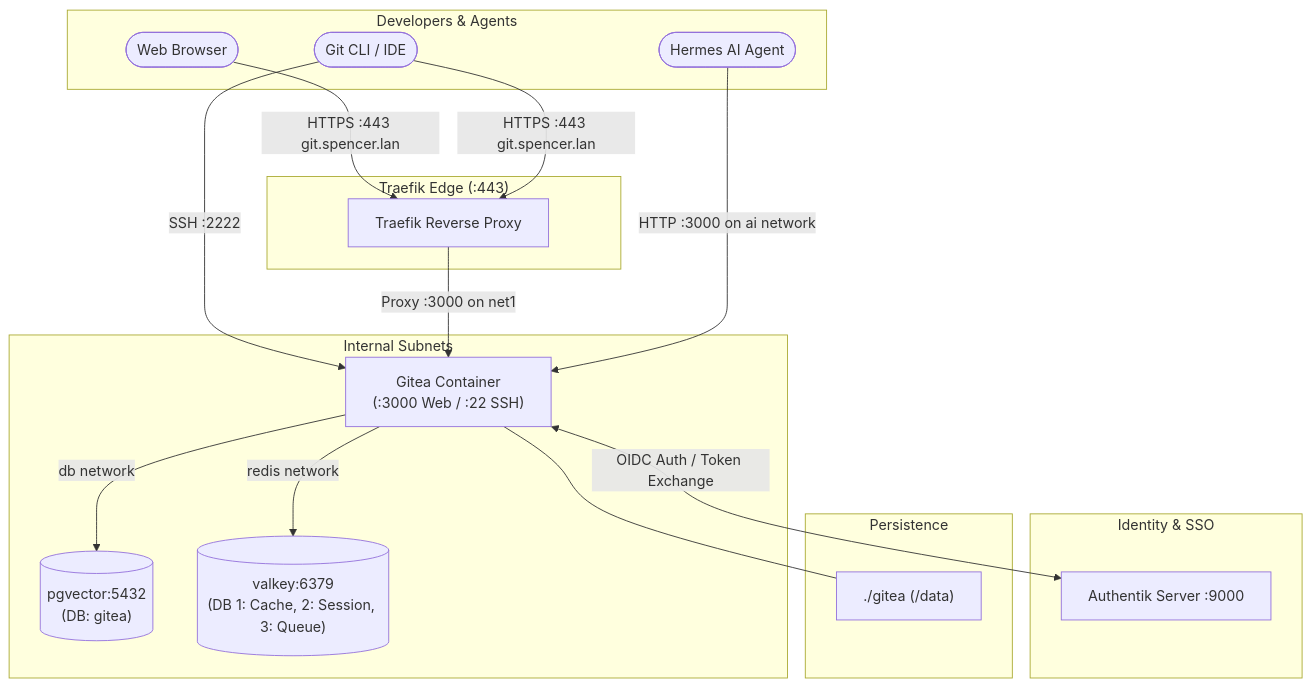
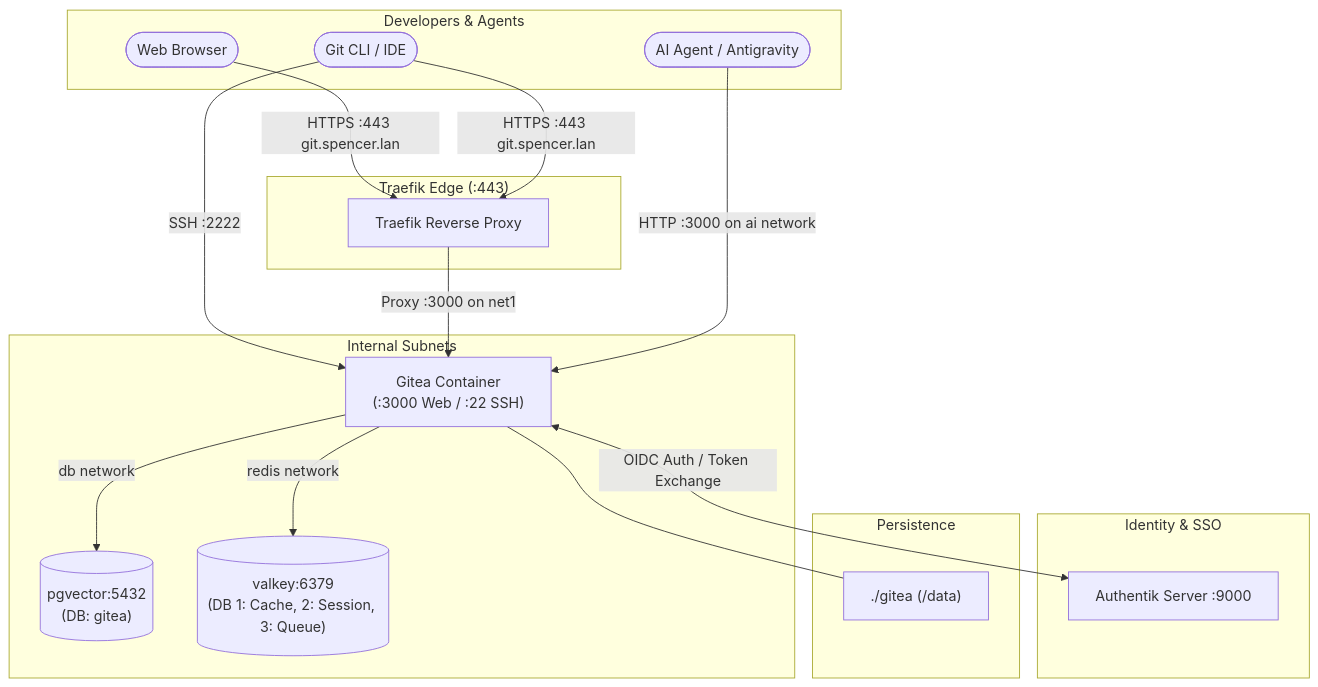
Before and after one commit to jamesbspencer/homelab: the diagram in docs/gitea.md, drawn with Mermaid. The commit also changed other lines of this file and 33 other files, not shown here.

````diff
--- a/docs/gitea.md
+++ b/docs/gitea.md
@@ -28,39 +28,39 @@
 ```mermaid
 graph TD
     subgraph Clients ["Developers & Agents"]
         DevBrowser([Web Browser])
         DevGit([Git CLI / IDE])
-        HermesAgent([Hermes AI Agent])
+        AIAgent([AI Agent / Antigravity])
     end
 
     subgraph Edge ["Traefik Edge (:443)"]
         Traefik[Traefik Reverse Proxy]
     end
 
     subgraph Identity ["Identity & SSO"]
         Authentik[Authentik Server :9000]
     end
 
     subgraph Storage ["Persistence"]
         GiteaData["./gitea (/data)"]
     end
 
     subgraph Infrastructure ["Internal Subnets"]
         GiteaContainer["Gitea Container\n(:3000 Web / :22 SSH)"]
         PgVector[("pgvector:5432\n(DB: gitea)")]
         Valkey[("valkey:6379\n(DB 1: Cache, 2: Session, 3: Queue)")]
     end
 
     DevBrowser -->|HTTPS :443 git.spencer.lan| Traefik
     DevGit -->|SSH :2222| GiteaContainer
     DevGit -->|HTTPS :443 git.spencer.lan| Traefik
 
     Traefik -->|Proxy :3000 on net1| GiteaContainer
     GiteaContainer <-->|OIDC Auth / Token Exchange| Authentik
 
-    HermesAgent -->|HTTP :3000 on ai network| GiteaContainer
+    AIAgent -->|HTTP :3000 on ai network| GiteaContainer
 
     GiteaContainer -->|db network| PgVector
     GiteaContainer -->|redis network| Valkey
     GiteaContainer --- GiteaData
 ```
````
